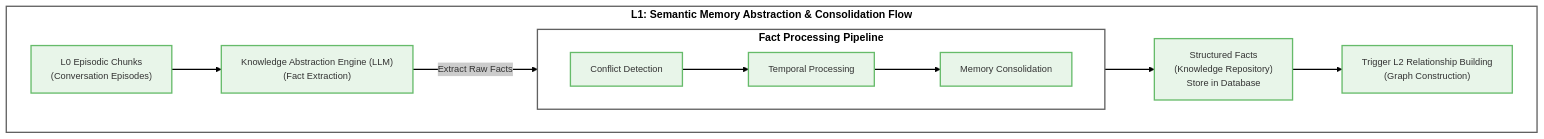
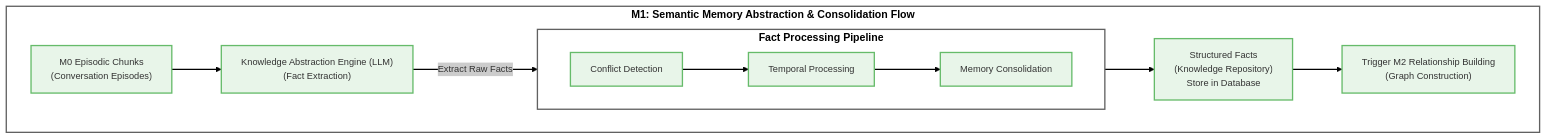
Before and after one commit to memfuse/memfuse: the second of 8 diagrams in docs/architecture/memory.md, drawn with Mermaid. The commit also changed other lines of this file and 24 other files, not shown here.

````diff
--- a/docs/architecture/memory.md
+++ b/docs/architecture/memory.md
@@ -338,23 +338,23 @@
 ```mermaid
 ---
 config:
   theme: neo
 ---
 graph TD
-    subgraph l1_flow ["L1: Semantic Memory Abstraction & Consolidation Flow"]
-        Input["L0 Episodic Chunks<br/>(Conversation Episodes)"] --> AbstractionEngine["Knowledge Abstraction Engine (LLM)<br/>(Fact Extraction)"]
+    subgraph m1_flow ["M1: Semantic Memory Abstraction & Consolidation Flow"]
+        Input["M0 Episodic Chunks<br/>(Conversation Episodes)"] --> AbstractionEngine["Knowledge Abstraction Engine (LLM)<br/>(Fact Extraction)"]
         subgraph processing_sub ["Fact Processing Pipeline"]
             direction LR
             ConflictDetection["Conflict Detection"] --> TemporalProcessing["Temporal Processing"] --> Consolidation["Memory Consolidation"]
         end
         AbstractionEngine -- "Extract Raw Facts" --> processing_sub
         processing_sub --> Output["Structured Facts<br/>(Knowledge Repository)<br/>Store in Database"]
-        Output --> TriggerL2["Trigger L2 Relationship Building<br/>(Graph Construction)"]
+        Output --> TriggerM2["Trigger M2 Relationship Building<br/>(Graph Construction)"]
     end
     classDef default fill:#fff,stroke:#333,stroke-width:2px,font-size:14px,white-space:nowrap;
     classDef header_style stroke:#616161,stroke-width:2px,color:black,font-weight:bold,font-size:16px,white-space:nowrap;
     classDef node_style fill:#E8F5E9,stroke:#66BB6A;
-    class Input,AbstractionEngine,ConflictDetection,TemporalProcessing,Consolidation,Output,TriggerL2 node_style;
-    l1_flow:::header_style;
+    class Input,AbstractionEngine,ConflictDetection,TemporalProcessing,Consolidation,Output,TriggerM2 node_style;
+    m1_flow:::header_style;
     processing_sub:::header_style;
 ```
````
